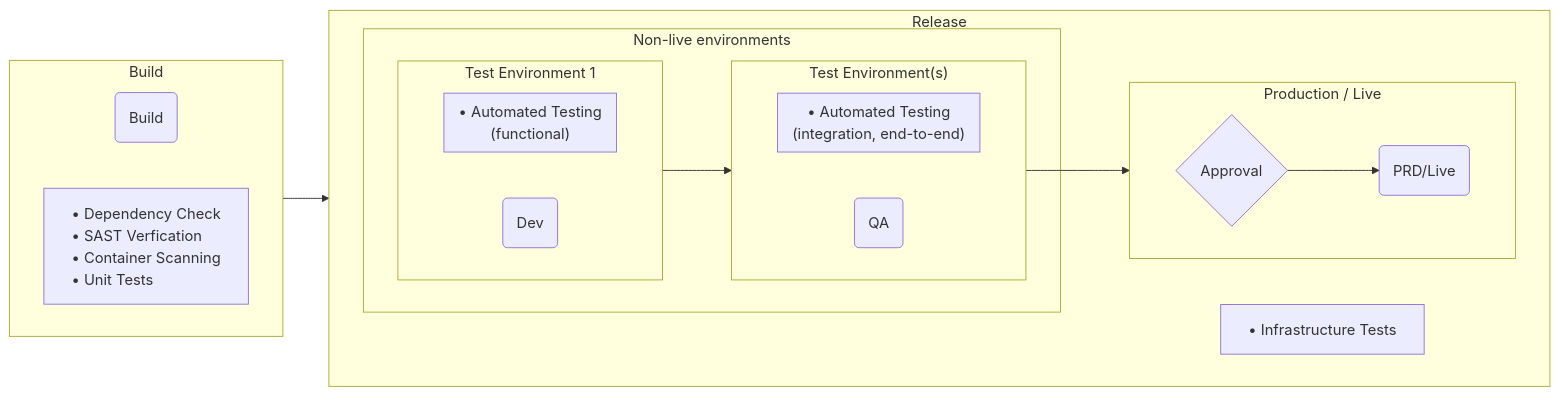
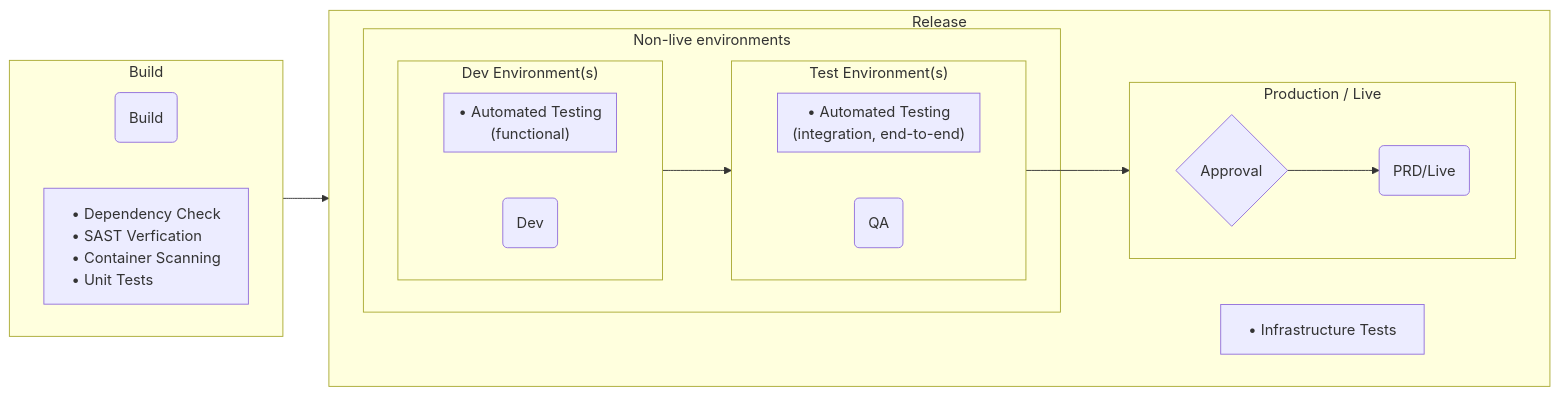
Before and after one commit to UKHO/docs: the diagram in software-engineering-policies/Pipelines/Baseline_Policy.md, drawn with Mermaid.

````diff
--- a/software-engineering-policies/Pipelines/Baseline_Policy.md
+++ b/software-engineering-policies/Pipelines/Baseline_Policy.md
@@ -15,45 +15,45 @@
 ```mermaid
 flowchart LR
     buildNode(Build)
     testEnv1Node(Dev)
     testEnvnNode(QA)
     approvalNode{Approval}
     prdNode(PRD/Live)
     infrastructureTestsNode[" #bull; Infrastructure Tests"]
     style infrastructureTestsNode align: left
     buildChecks[" #bull; Dependency Check\n #bull; SAST Verfication\n #bull; Container Scanning\n #bull; Unit Tests"]
     style buildChecks text-align:left; 
     subgraph sgBuild[Build]
     direction LR
         buildNode
         buildChecks
     end
 
   subgraph sgRelease[Release]
     direction LR
     subgraph sgPreProd[Non-live environments\n\n]
-        subgraph sgDev[Test Environment 1]
+        subgraph sgDev["Dev Environment(s)"]
             direction LR
             testEnv1Node
             subgraph sgDevChecks[" #bull; Automated Testing </br>(functional)"]
             end 
         end
     subgraph sgQa["Test Environment(s)"]
         direction LR
         testEnvnNode
         subgraph sgQaChecks[" #bull; Automated Testing </br>(integration, end-to-end)"]
         end 
     end
     end
     subgraph sgPrd[Production / Live]
         direction LR
         approvalNode
         prdNode
     end
     infrastructureTestsNode
   end
   buildNode --> testEnv1Node
   testEnv1Node --> testEnvnNode
   testEnvnNode --> approvalNode
   approvalNode --> prdNode
 ```
````
